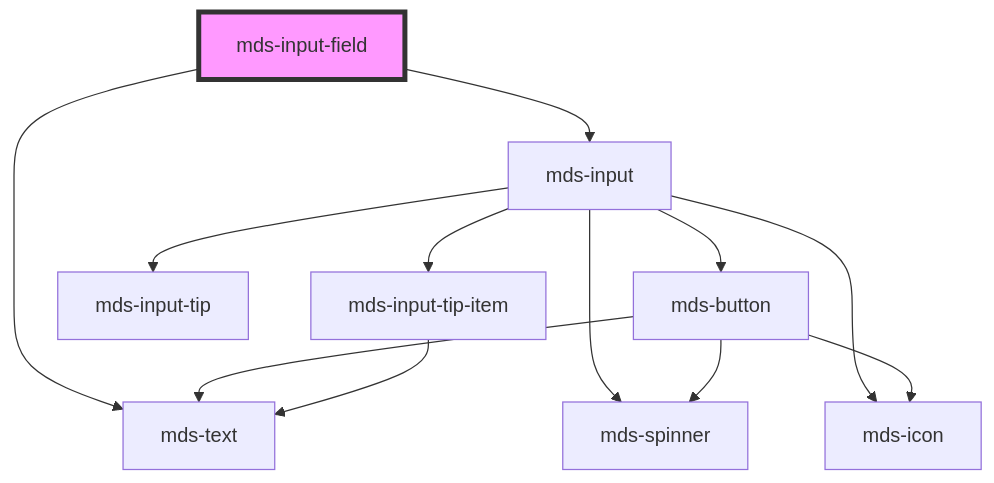
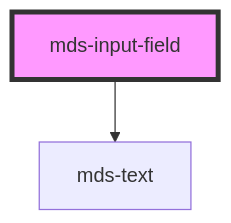
Before and after one commit to magma-design-system/magma: the diagram in projects/stencil/src/components/mds-input-field/readme.md, drawn with Mermaid. The commit also changed other lines of this file and 12 other files, not shown here.

Commit message:
refact(mds-input-field): refactor mds-input

````diff
--- a/projects/stencil/src/components/mds-input-field/readme.md
+++ b/projects/stencil/src/components/mds-input-field/readme.md
@@ -133,15 +35,5 @@
 ```mermaid
 graph TD;
   mds-input-field --> mds-text
-  mds-input-field --> mds-input
-  mds-input --> mds-button
-  mds-input --> mds-input-tip
-  mds-input --> mds-input-tip-item
-  mds-input --> mds-icon
-  mds-input --> mds-spinner
-  mds-button --> mds-spinner
-  mds-button --> mds-icon
-  mds-button --> mds-text
-  mds-input-tip-item --> mds-text
   style mds-input-field fill:#f9f,stroke:#333,stroke-width:4px
 ```
````
